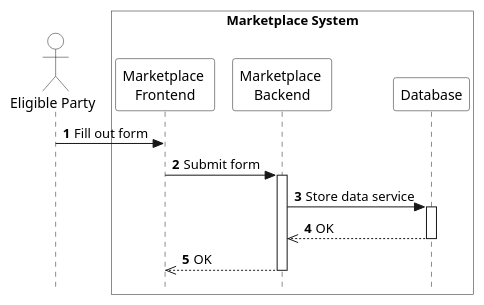
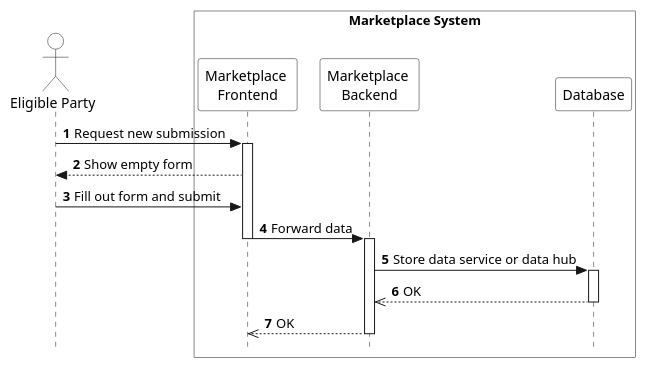
The diagram in arc42/marketplace/runtime-view/figures/marketplace-submit-service.puml (eddie-energy/architecture), drawn with PlantUML before and after one commit. The commit also changed 14 other files, not shown here.

Commit message:
Part of #121: update runtime-view and deployment-view diagrams

```diff
--- a/arc42/marketplace/runtime-view/figures/marketplace-submit-service.puml
+++ b/arc42/marketplace/runtime-view/figures/marketplace-submit-service.puml
@@ -1,29 +1,33 @@
 @startuml marketplace-submit-service
 
 skinparam style strictuml
 skinparam sequence {
   ParticipantBackgroundColor transparent
   ActorBackgroundColor transparent
 }
 
 autonumber
 !pragma teoz true
 
 actor "Eligible Party" as ep
 box "Marketplace System" #transparent
   participant "Marketplace \nFrontend" as app
   participant "Marketplace \nBackend" as marketplace
   participant "Database" as database
 end box
 
-ep -> app : Fill out form
-app -> marketplace : Submit form
+ep -> app : Request new submission
+activate app
+app --> ep : Show empty form
+ep -> app : Fill out form and submit
+app -> marketplace : Forward data
 activate marketplace
-marketplace -> database : Store data service
+deactivate app
+marketplace -> database : Store data service or data hub
 activate database
 database -->> marketplace : OK
 deactivate database
 marketplace -->> app : OK
 deactivate marketplace
 
 @enduml
```
